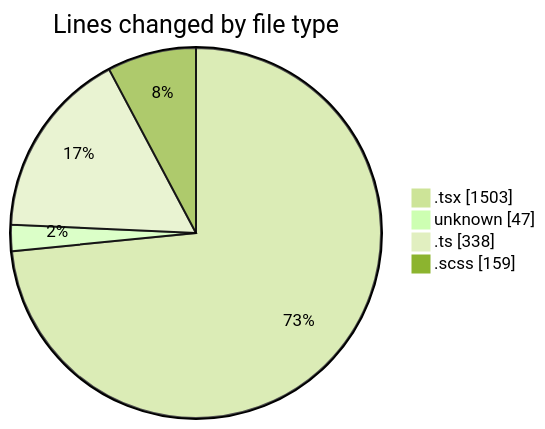
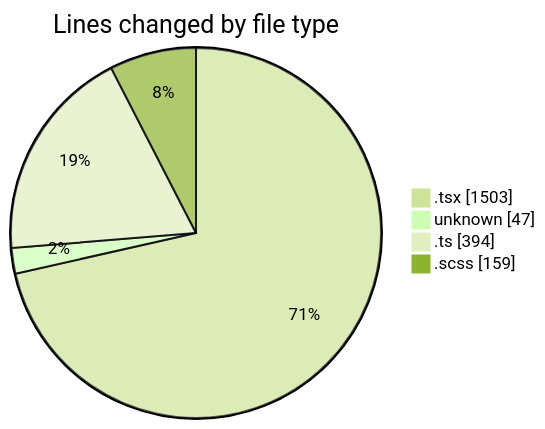
The first of 2 diagrams in 2025-09-18/cda/README.md (momahboobian/code-tracking), drawn with Mermaid (forest theme) before and after one commit. The commit also changed other lines of this file and 1 other file, not shown here.

````diff
--- a/2025-09-18/cda/README.md
+++ b/2025-09-18/cda/README.md
@@ -25,8 +25,8 @@
 ```mermaid
 pie showData
 title Lines changed by file type
 ".tsx" : 1503
 "unknown" : 47
-".ts" : 338
+".ts" : 394
 ".scss" : 159
 ```
````
